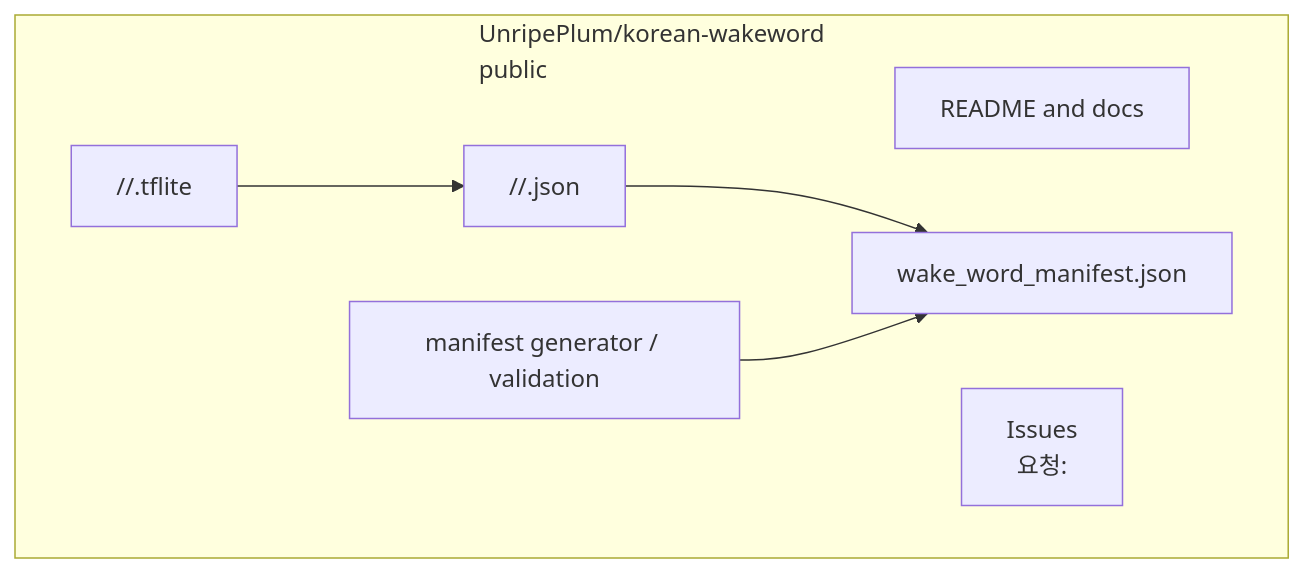
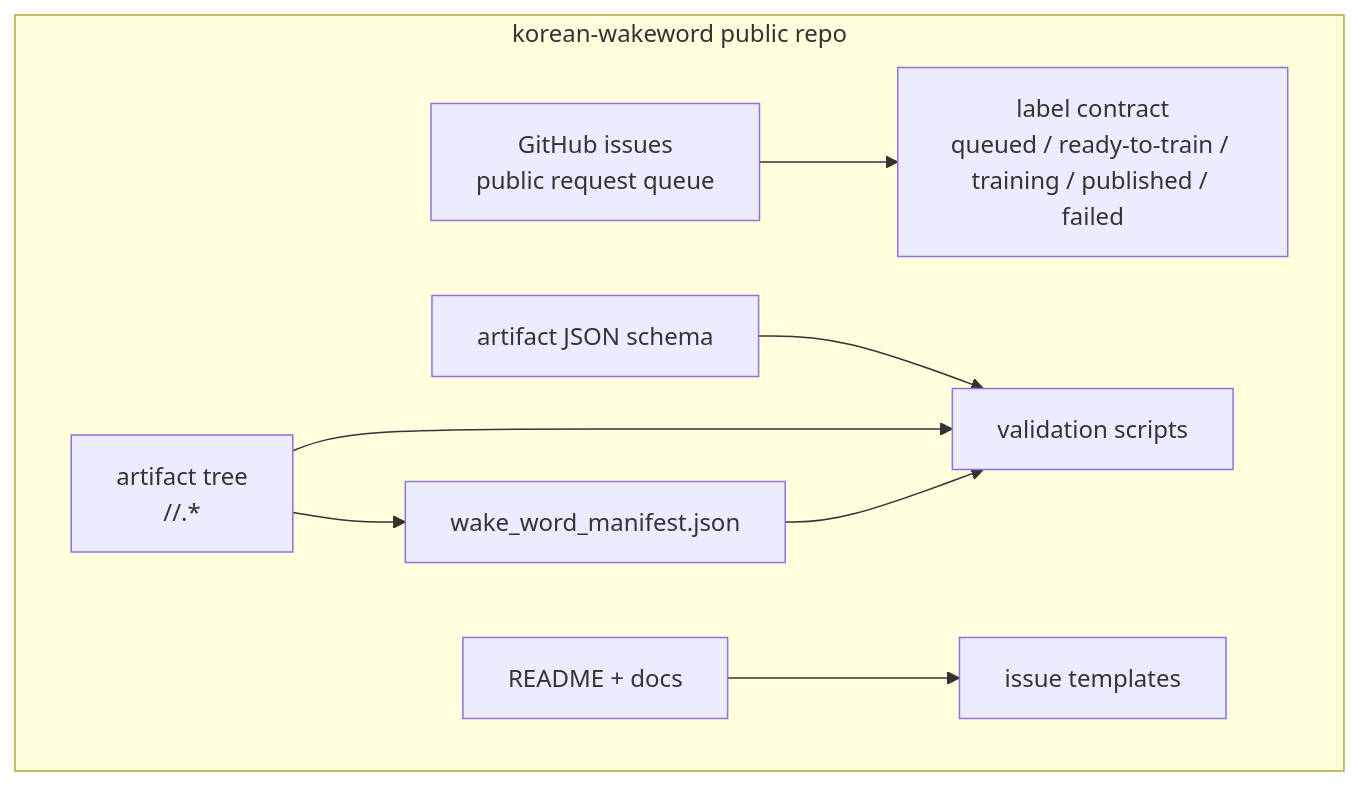
The second of 4 diagrams in docs/ARCHITECTURE.md (UnripePlum/korean-wakeword), drawn with Mermaid before and after one commit. The commit also changed other lines of this file and 1 other file, not shown here.

Commit message:
Define prod architecture contracts

````diff
--- a/docs/ARCHITECTURE.md
+++ b/docs/ARCHITECTURE.md
@@ -26,15 +30,20 @@
 ```mermaid
 flowchart TD
-    subgraph PROD["UnripePlum/korean-wakeword<br/>public"]
-        A["README and docs"]
-        B["Issues<br/>요청: <wakeword>"]
-        C["<slug>/<date>/<slug>.json"]
-        D["<slug>/<date>/<slug>.tflite"]
-        E["wake_word_manifest.json"]
-        F["manifest generator / validation"]
+    subgraph PROD["korean-wakeword public repo"]
+        DOCS["README + docs"]
+        ISSUES["GitHub issues<br/>public request queue"]
+        LABELS["label contract<br/>queued / ready-to-train / training / published / failed"]
+        SCHEMA["artifact JSON schema"]
+        TREE["artifact tree<br/><slug>/<date>/<slug>.*"]
+        MANIFEST["wake_word_manifest.json"]
+        VALIDATOR["validation scripts"]
+        TEMPLATES["issue templates"]
     end
 
-    C --> E
-    D --> C
-    F --> E
+    ISSUES --> LABELS
+    TREE --> MANIFEST
+    SCHEMA --> VALIDATOR
+    TREE --> VALIDATOR
+    MANIFEST --> VALIDATOR
+    DOCS --> TEMPLATES
 ```
````
